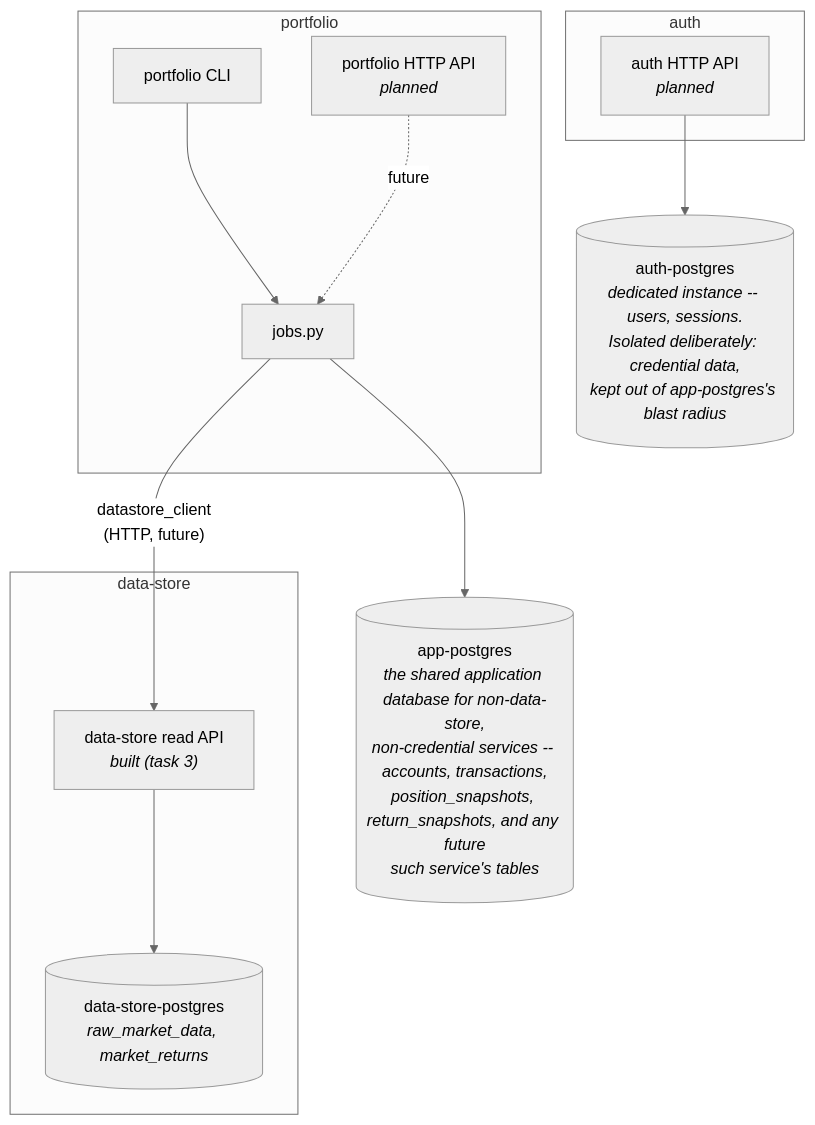
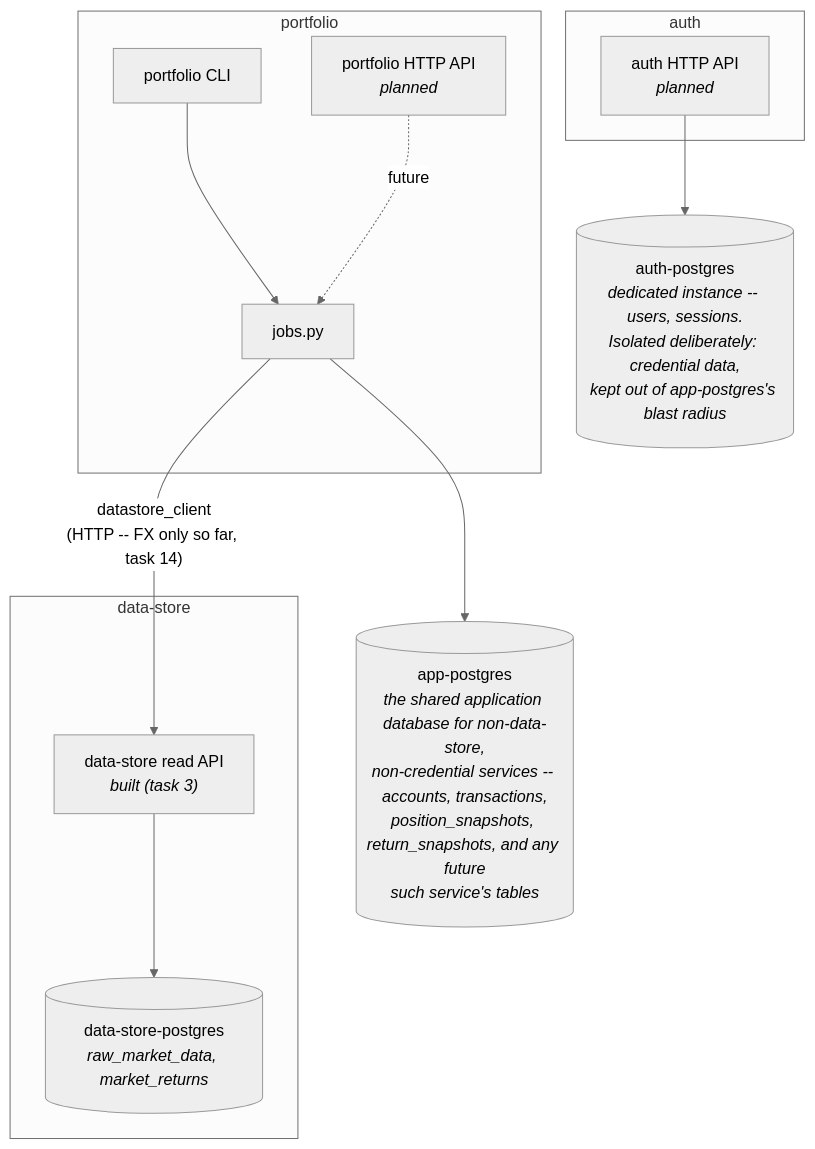
Before and after one commit to jpedropereira/Stakehold: the second of 2 diagrams in services/portfolio/docs/architecture.md, drawn with Mermaid (neutral theme). The commit also changed other lines of this file and 33 other files, not shown here.

````diff
--- a/services/portfolio/docs/architecture.md
+++ b/services/portfolio/docs/architecture.md
@@ -477,28 +598,28 @@
 ```mermaid
 flowchart TB
     subgraph pf["portfolio"]
         PCLI["portfolio CLI"]
         PAPI["portfolio HTTP API<br/><i>planned</i>"]
         PJOBS["jobs.py"]
     end
 
     APPDB[("app-postgres<br/><i>the shared application database for non-data-store,<br/>non-credential services -- accounts, transactions,<br/>position_snapshots, return_snapshots, and any future<br/>such service's tables</i>")]
 
     subgraph ds["data-store"]
         DSAPI["data-store read API<br/><i>built (task 3)</i>"]
         DSDB[("data-store-postgres<br/><i>raw_market_data, market_returns</i>")]
     end
 
     subgraph au["auth"]
         AUAPI["auth HTTP API<br/><i>planned</i>"]
     end
 
     AUDB[("auth-postgres<br/><i>dedicated instance -- users, sessions.<br/>Isolated deliberately: credential data,<br/>kept out of app-postgres's blast radius</i>")]
 
     PCLI --> PJOBS
     PAPI -.future.-> PJOBS
     PJOBS --> APPDB
-    PJOBS -->|"datastore_client<br/>(HTTP, future)"| DSAPI
+    PJOBS -->|"datastore_client<br/>(HTTP -- FX only so far, task 14)"| DSAPI
     DSAPI --> DSDB
     AUAPI --> AUDB
 ```
````
